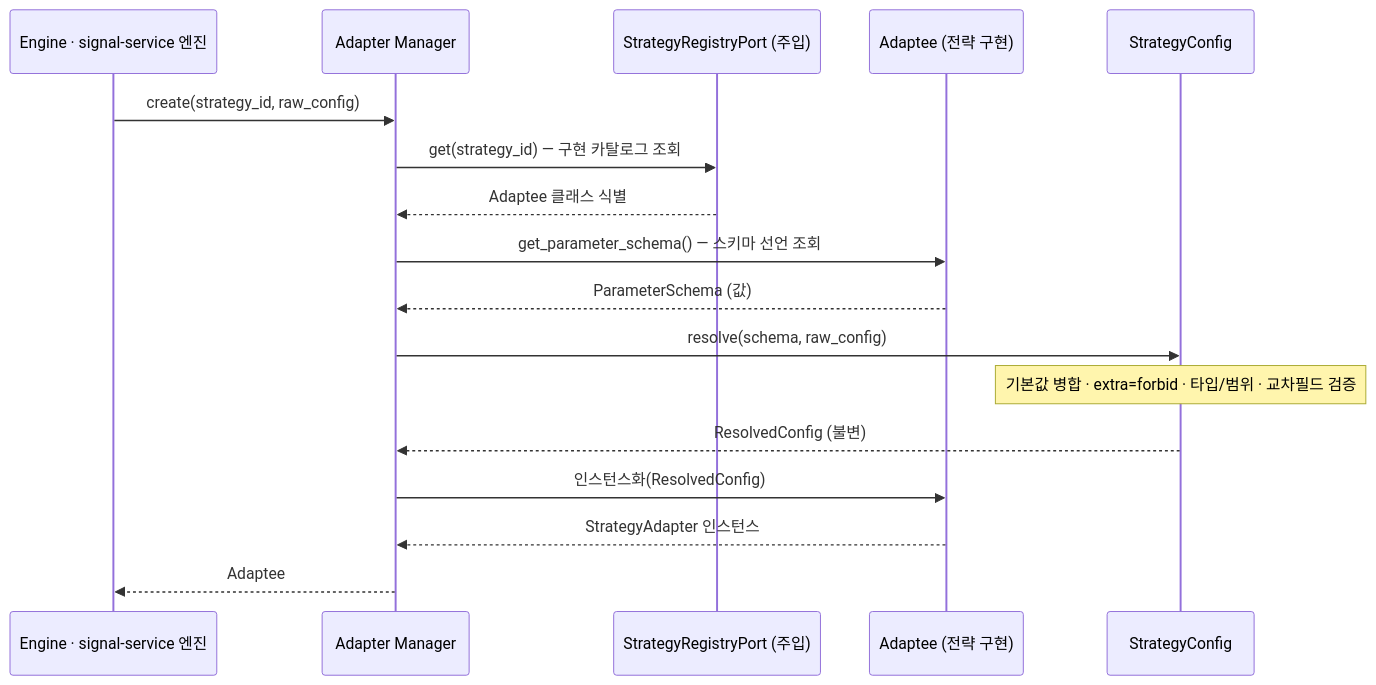
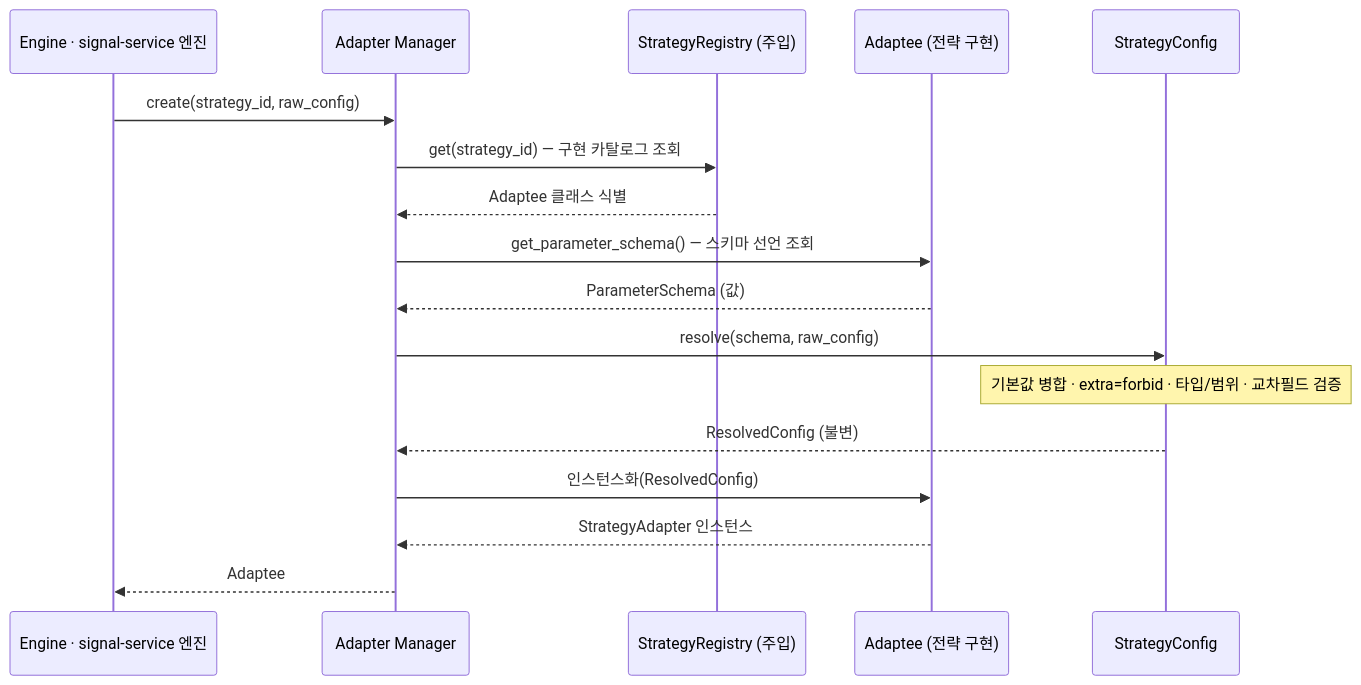
Before and after one commit to vessel35/trading-system-v2: diagram 11 of 17 in docs/fullspec/backtest_v2_detailed_design.md, drawn with Mermaid. The commit also changed other lines of this file, not shown here.

````diff
--- a/docs/fullspec/backtest_v2_detailed_design.md
+++ b/docs/fullspec/backtest_v2_detailed_design.md
@@ -1468,19 +1542,19 @@
 ```mermaid
 sequenceDiagram
     participant E as Engine · signal-service 엔진
     participant AM as Adapter Manager
-    participant REG as StrategyRegistryPort (주입)
+    participant REG as StrategyRegistry (주입)
     participant AD as Adaptee (전략 구현)
     participant SC as StrategyConfig
     E->>AM: create(strategy_id, raw_config)
     AM->>REG: get(strategy_id) — 구현 카탈로그 조회
     REG-->>AM: Adaptee 클래스 식별
     AM->>AD: get_parameter_schema() — 스키마 선언 조회
     AD-->>AM: ParameterSchema (값)
     AM->>SC: resolve(schema, raw_config)
     Note over SC: 기본값 병합 · extra=forbid · 타입/범위 · 교차필드 검증
     SC-->>AM: ResolvedConfig (불변)
     AM->>AD: 인스턴스화(ResolvedConfig)
     AD-->>AM: StrategyAdapter 인스턴스
     AM-->>E: Adaptee
 ```
````
